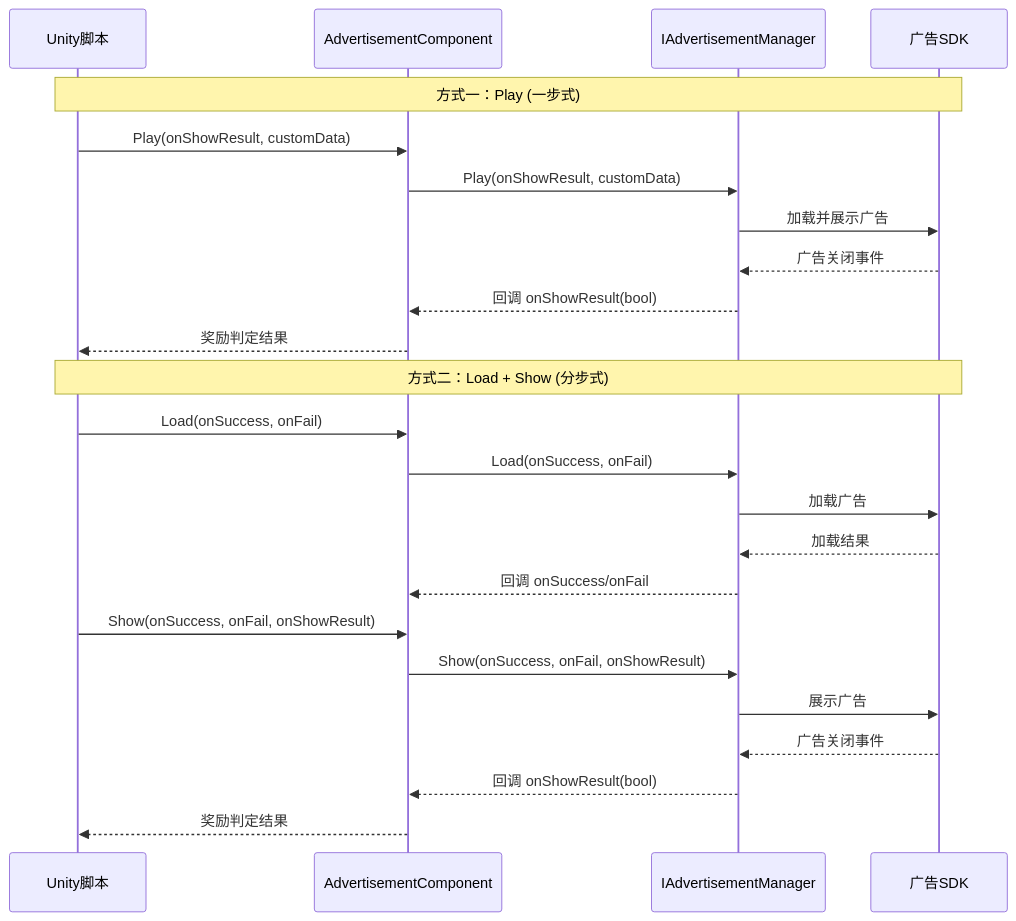
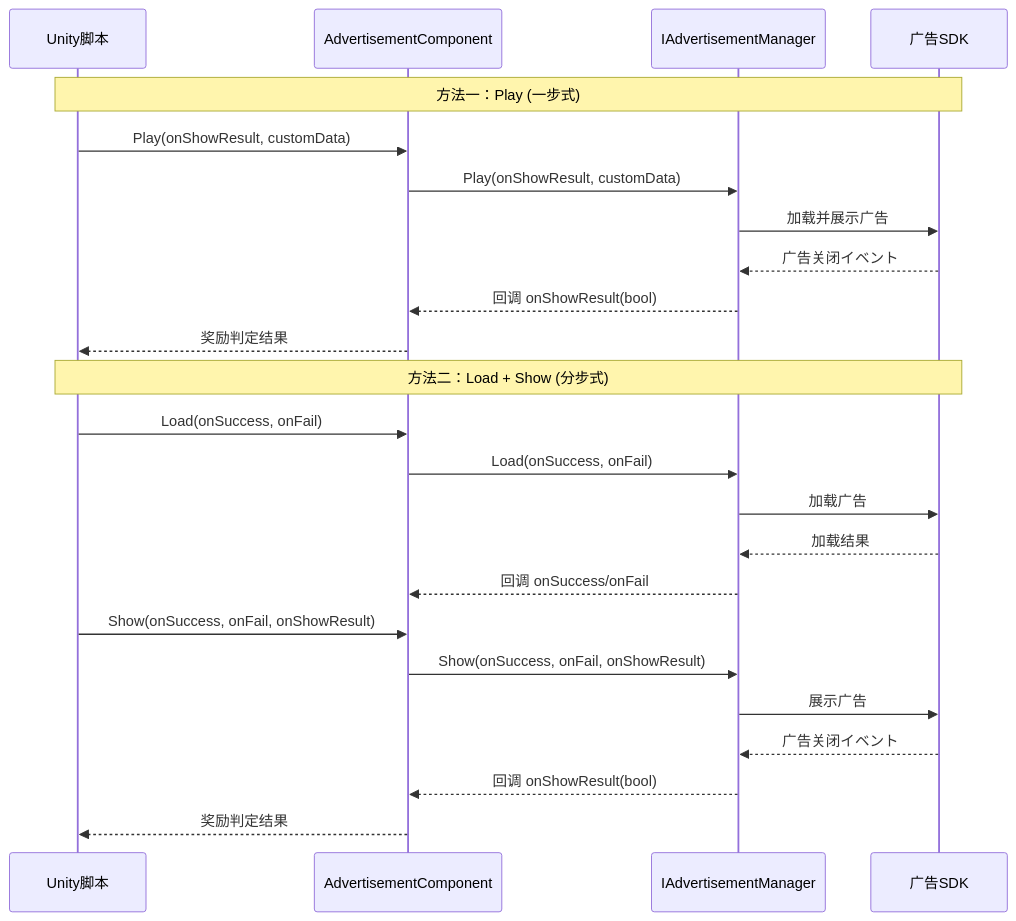
Before and after one commit to AlianBlank/GameFrameX.Docs: the second of 2 diagrams in docs/ja/client/unity/component/advertisement/04.core-concepts.md, drawn with Mermaid. The commit also changed other lines of this file and 603 other files, not shown here.

````diff
--- a/docs/ja/client/unity/component/advertisement/04.core-concepts.md
+++ b/docs/ja/client/unity/component/advertisement/04.core-concepts.md
@@ -198,29 +198,29 @@
 ```mermaid
 sequenceDiagram
     participant Unity as Unity脚本
     participant AC as AdvertisementComponent
     participant IAM as IAdvertisementManager
     participant SDK as 广告SDK
 
-    Note over Unity,SDK: 方式一：Play (一步式)
+    Note over Unity,SDK: 方法一：Play (一步式)
     Unity->>AC: Play(onShowResult, customData)
     AC->>IAM: Play(onShowResult, customData)
     IAM->>SDK: 加载并展示广告
-    SDK-->>IAM: 广告关闭事件
+    SDK-->>IAM: 广告关闭イベント
     IAM-->>AC: 回调 onShowResult(bool)
     AC-->>Unity: 奖励判定结果
 
-    Note over Unity,SDK: 方式二：Load + Show (分步式)
+    Note over Unity,SDK: 方法二：Load + Show (分步式)
     Unity->>AC: Load(onSuccess, onFail)
     AC->>IAM: Load(onSuccess, onFail)
     IAM->>SDK: 加载广告
     SDK-->>IAM: 加载结果
     IAM-->>AC: 回调 onSuccess/onFail
     
     Unity->>AC: Show(onSuccess, onFail, onShowResult)
     AC->>IAM: Show(onSuccess, onFail, onShowResult)
     IAM->>SDK: 展示广告
-    SDK-->>IAM: 广告关闭事件
+    SDK-->>IAM: 广告关闭イベント
     IAM-->>AC: 回调 onShowResult(bool)
     AC-->>Unity: 奖励判定结果
 ```
````
